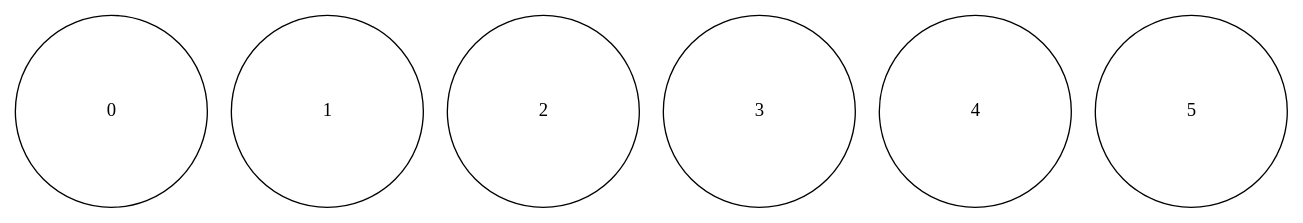
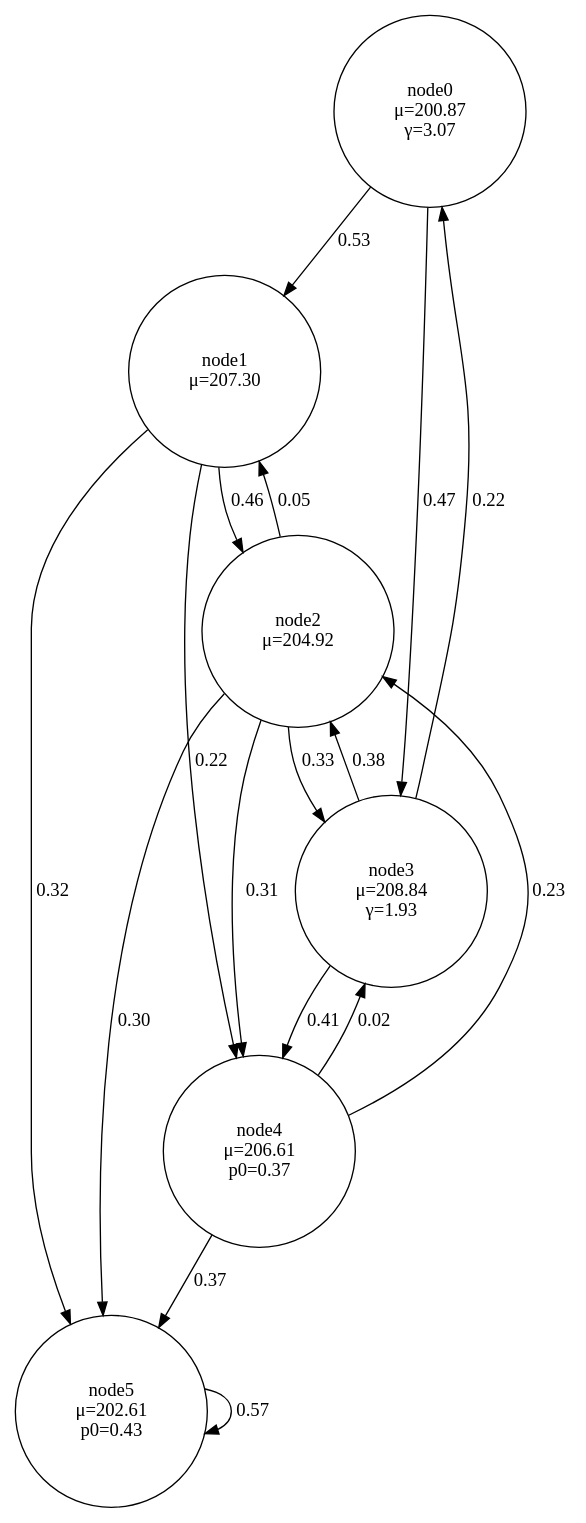
One commit to BTP-Selvaraju-IITG-2021-22/BTP changed the diagram in code/ex.gv. Above: the diagram before and after it, drawn with Graphviz. The commit also changed 21 other files, not shown here.

```diff
--- a/code/ex.gv
+++ b/code/ex.gv
@@ -1,10 +1,36 @@
 digraph G {
 	size=30
 	node [fixedsize=true shape=circle width=2]
-	0 [pos="3,6!"]
-	1 [pos="6,9!"]
-	2 [pos="10.5,9!"]
-	3 [pos="6,3!"]
-	4 [pos="10.5,3!"]
-	5 [pos="13.5,6!"]
+	0 [label="node0
+μ=200.87
+γ=3.07" pos="3,6!"]
+	1 [label="node1
+μ=207.30" pos="6,9!"]
+	2 [label="node2
+μ=204.92" pos="10.5,9!"]
+	3 [label="node3
+μ=208.84
+γ=1.93" pos="6,3!"]
+	4 [label="node4
+μ=206.61
+p0=0.37" pos="10.5,3!"]
+	5 [label="node5
+μ=202.61
+p0=0.43" pos="13.5,6!"]
+	0 -> 1 [label=0.53]
+	0 -> 3 [label=0.47]
+	1 -> 2 [label=0.46]
+	1 -> 4 [label=0.22]
+	1 -> 5 [label=0.32]
+	2 -> 1 [label=0.05]
+	2 -> 3 [label=0.33]
+	2 -> 4 [label=0.31]
+	2 -> 5 [label=0.30]
+	3 -> 0 [label=0.22]
+	3 -> 2 [label=0.38]
+	3 -> 4 [label=0.41]
+	4 -> 2 [label=0.23]
+	4 -> 3 [label=0.02]
+	4 -> 5 [label=0.37]
+	5 -> 5 [label=0.57]
 }
```
